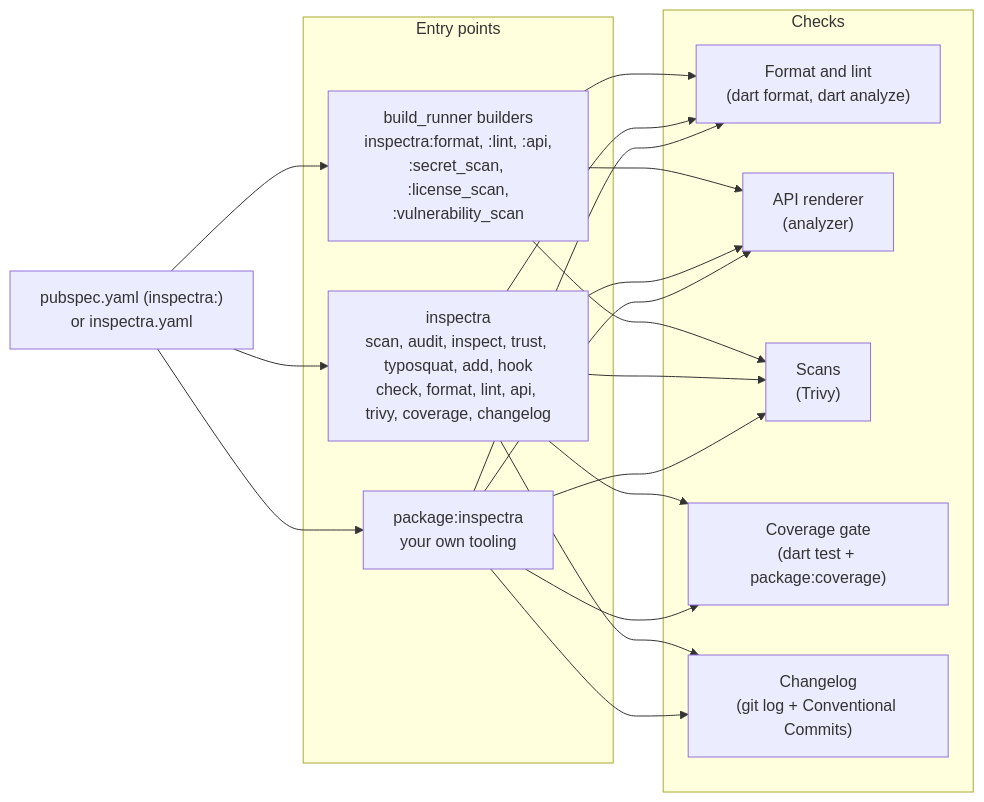
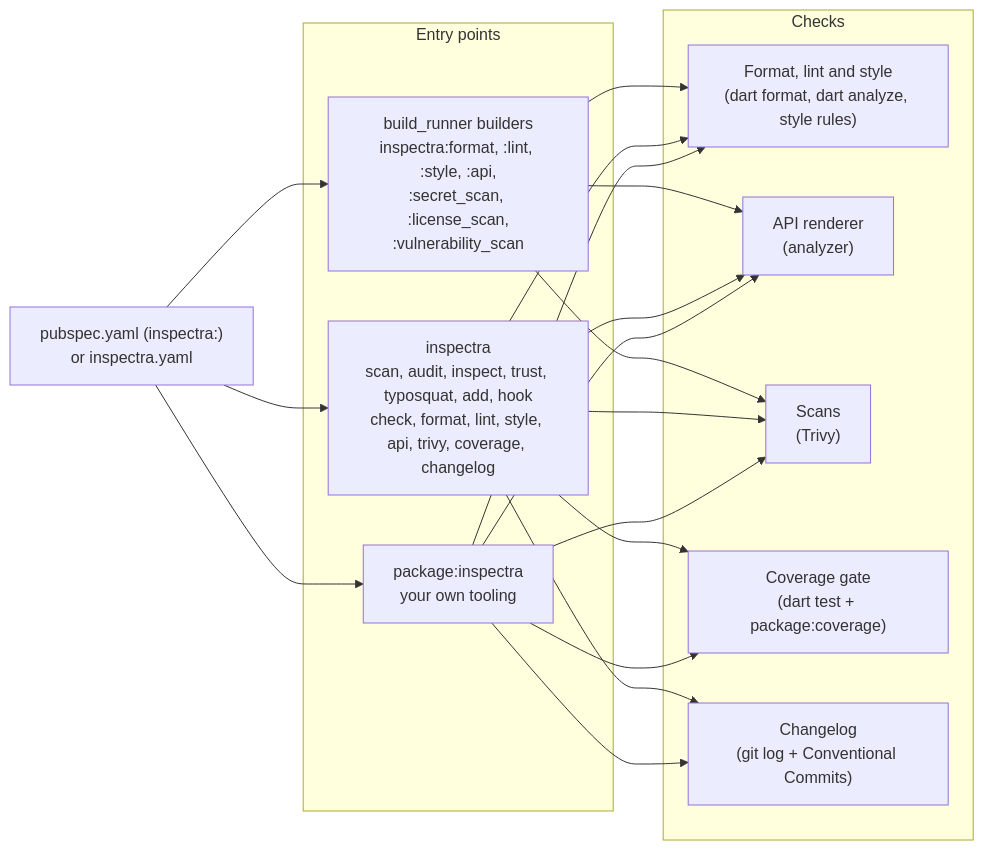
The first of 3 diagrams in docs/topics/How-It-Works.md (Dev-Redtronics/Inspectra), drawn with Mermaid before and after one commit. The commit also changed other lines of this file and 17 other files, not shown here.

First line of the commit message:
docs(style): document the style check and custom rules

````diff
--- a/docs/topics/How-It-Works.md
+++ b/docs/topics/How-It-Works.md
@@ -14,32 +14,32 @@
 ```mermaid
 flowchart LR
     config["pubspec.yaml (inspectra:)<br/>or inspectra.yaml"]
     subgraph entry["Entry points"]
-        builders["build_runner builders<br/>inspectra:format, :lint, :api,<br/>:secret_scan, :license_scan,<br/>:vulnerability_scan"]
-        cli["inspectra<br/>scan, audit, inspect, trust, typosquat, add, hook<br/>check, format, lint, api, trivy, coverage, changelog"]
+        builders["build_runner builders<br/>inspectra:format, :lint, :style, :api,<br/>:secret_scan, :license_scan,<br/>:vulnerability_scan"]
+        cli["inspectra<br/>scan, audit, inspect, trust, typosquat, add, hook<br/>check, format, lint, style, api, trivy, coverage, changelog"]
         library["package:inspectra<br/>your own tooling"]
     end
     subgraph checks["Checks"]
-        quality["Format and lint<br/>(dart format, dart analyze)"]
+        quality["Format, lint and style<br/>(dart format, dart analyze, style rules)"]
         api["API renderer<br/>(analyzer)"]
         scans["Scans<br/>(Trivy)"]
         coverage["Coverage gate<br/>(dart test + package:coverage)"]
         changelog["Changelog<br/>(git log + Conventional Commits)"]
     end
     config --> builders
     config --> cli
     config --> library
     builders --> quality
     builders --> api
     builders --> scans
     cli --> quality
     cli --> api
     cli --> scans
     cli --> coverage
     cli --> changelog
     library --> quality
     library --> api
     library --> scans
     library --> coverage
     library --> changelog
 ```
````
